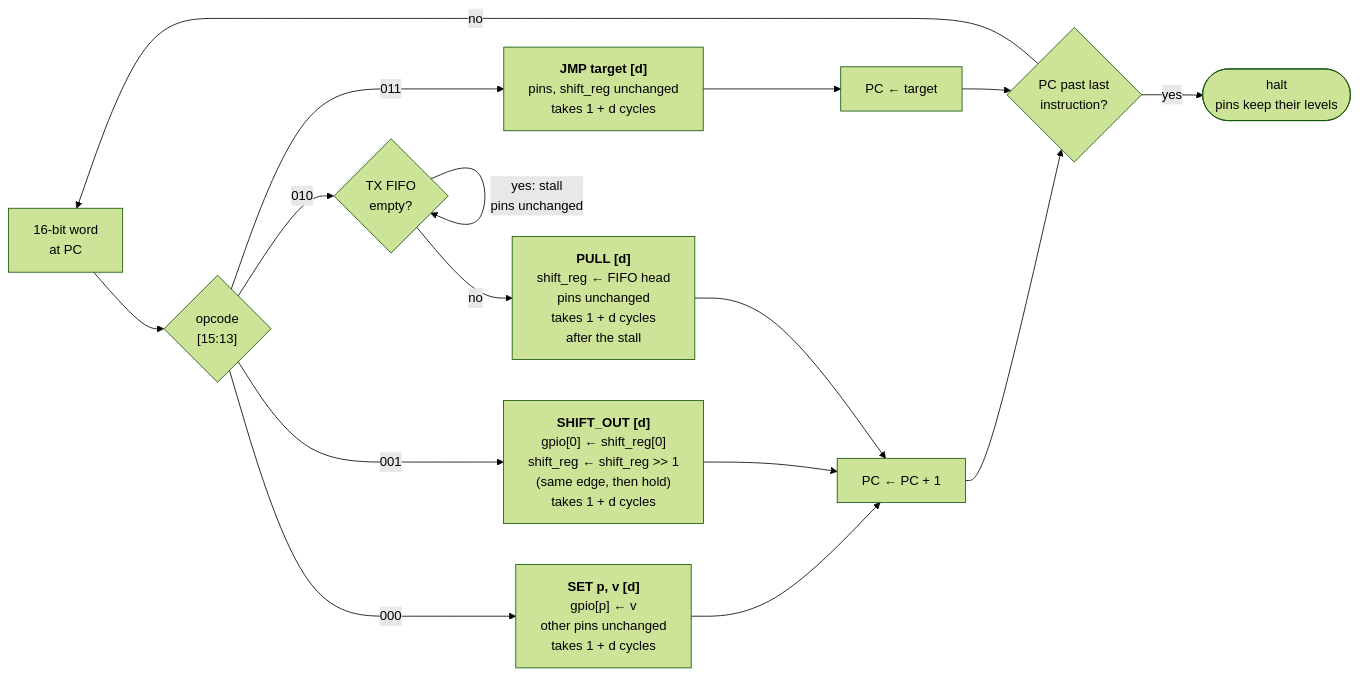
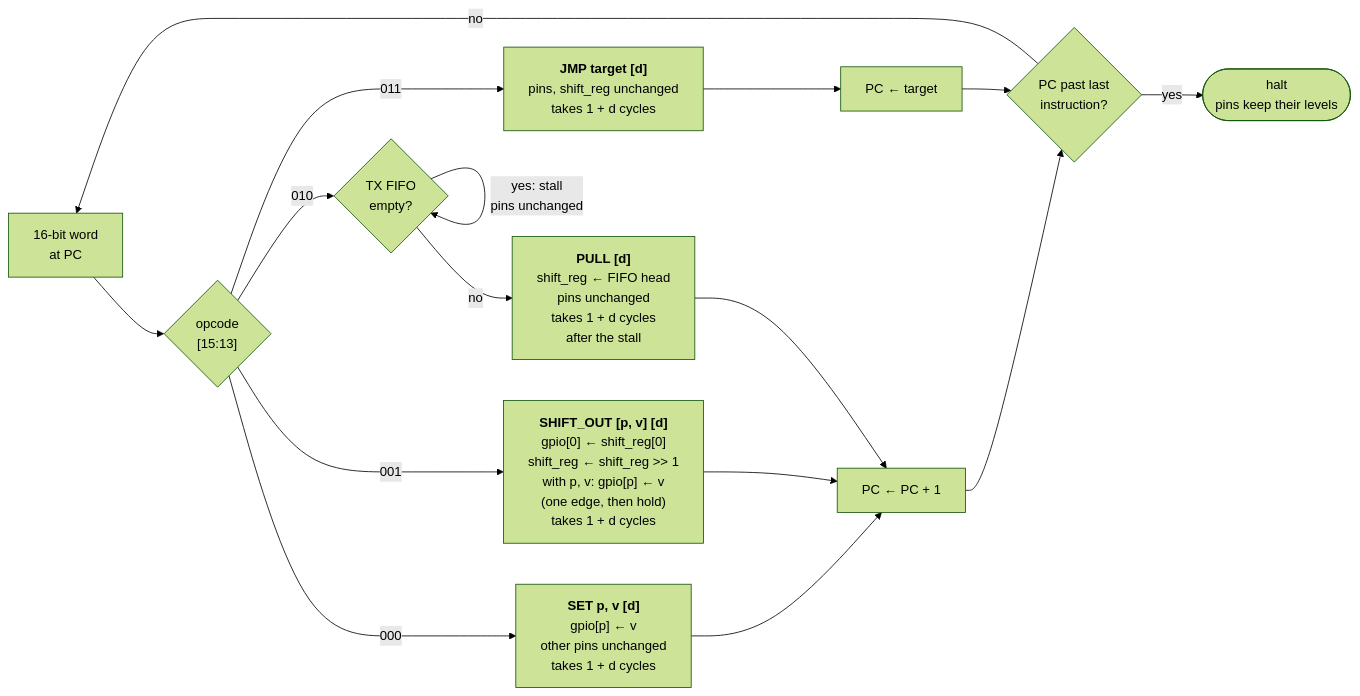
Before and after one commit to cshieldsce/smallcore: the diagram in docs/isa_execute.mmd, drawn with Mermaid (forest theme). The commit also changed 9 other files, not shown here.

Commit message:
update diagrams for the shift_out side effect

```diff
--- a/docs/isa_execute.mmd
+++ b/docs/isa_execute.mmd
@@ -1,16 +1,16 @@
 flowchart LR
   W["16-bit word<br/>at PC"] --> OP{"opcode<br/>[15:13]"}
   OP -->|000| SET["<b>SET p, v [d]</b><br/>gpio[p] ← v<br/>other pins unchanged<br/>takes 1 + d cycles"]
-  OP -->|001| SHIFT["<b>SHIFT_OUT [d]</b><br/>gpio[0] ← shift_reg[0]<br/>shift_reg ← shift_reg >> 1<br/>(same edge, then hold)<br/>takes 1 + d cycles"]
+  OP -->|001| SHIFT["<b>SHIFT_OUT [p, v] [d]</b><br/>gpio[0] ← shift_reg[0]<br/>shift_reg ← shift_reg >> 1<br/>with p, v: gpio[p] ← v<br/>(one edge, then hold)<br/>takes 1 + d cycles"]
   OP -->|010| EMPTY{"TX FIFO<br/>empty?"}
   EMPTY -->|"yes: stall<br/>pins unchanged"| EMPTY
   EMPTY -->|no| PULL["<b>PULL [d]</b><br/>shift_reg ← FIFO head<br/>pins unchanged<br/>takes 1 + d cycles<br/>after the stall"]
   OP -->|011| JMP["<b>JMP target [d]</b><br/>pins, shift_reg unchanged<br/>takes 1 + d cycles"]
   SET --> NEXT["PC ← PC + 1"]
   SHIFT --> NEXT
   PULL --> NEXT
   JMP --> JNEXT["PC ← target"]
   NEXT --> END{"PC past last<br/>instruction?"}
   JNEXT --> END
   END -->|no| W
   END -->|yes| HALT(["halt<br/>pins keep their levels"])
```
